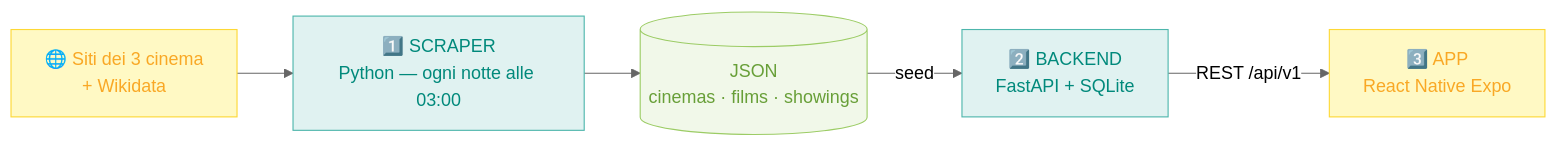
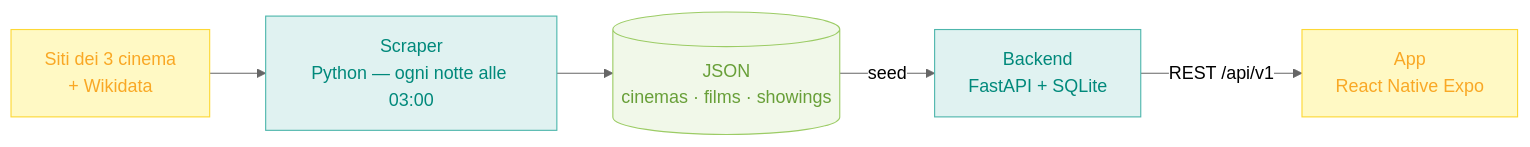
Before and after one commit to Emanuele2006iii/CinePosto: the diagram in docs/panoramica.md, drawn with Mermaid (neutral theme). The commit also changed other lines of this file and 5 other files, not shown here.

````diff
--- a/docs/panoramica.md
+++ b/docs/panoramica.md
@@ -13,17 +13,17 @@
 ```mermaid
 flowchart LR
-    SITI["🌐 Siti dei 3 cinema<br>+ Wikidata"]
-    SCRAPER["1️⃣ SCRAPER<br>Python — ogni notte alle 03:00"]
+    SITI["Siti dei 3 cinema<br>+ Wikidata"]
+    SCRAPER["Scraper<br>Python — ogni notte alle 03:00"]
     JSON[("JSON<br>cinemas · films · showings")]
-    BACKEND["2️⃣ BACKEND<br>FastAPI + SQLite"]
-    APP["3️⃣ APP<br>React Native Expo"]
+    BACKEND["Backend<br>FastAPI + SQLite"]
+    APP["App<br>React Native Expo"]
 
     SITI --> SCRAPER --> JSON -->|seed| BACKEND -->|REST /api/v1| APP
 
     classDef process fill:#E0F2F1,stroke:#4DB6AC,color:#00897B
     classDef storage fill:#F1F8E9,stroke:#9CCC65,color:#689F38
     classDef api fill:#FFF9C4,stroke:#FDD835,color:#F9A825
     class SCRAPER,BACKEND process
     class JSON storage
     class SITI,APP api
 ```
````
